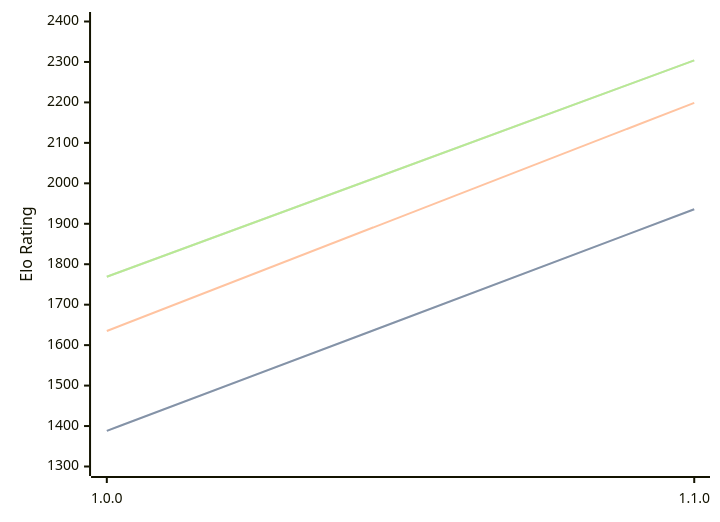
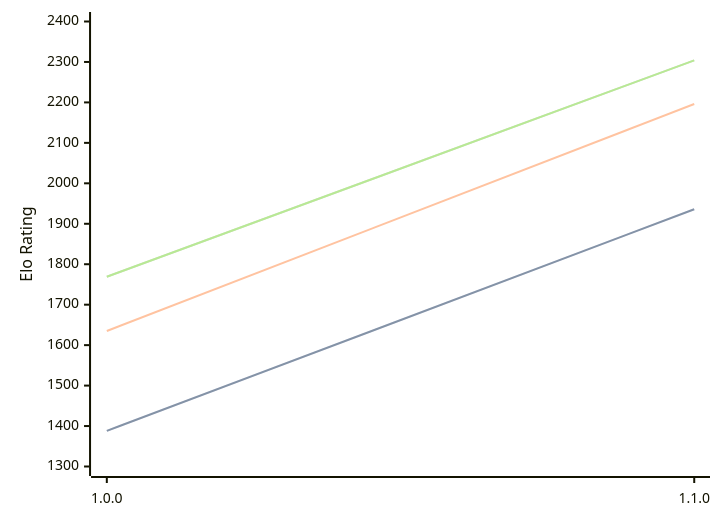
Before and after one commit to computer-chess-index/cci: the diagram in engines/Akerbeltz.md, drawn with Mermaid. The commit also changed other lines of this file, not shown here.

````diff
--- a/engines/Akerbeltz.md
+++ b/engines/Akerbeltz.md
@@ -32,11 +32,11 @@
 ```mermaid
 %%{init: {"theme":"base","themeVariables":{"seriesColors:['#a3a3a3','#222221','#faa371']}}}%%
 xychart-beta
   x-axis ["1.0.0", "1.1.0"]
   y-axis "Elo Rating" 1300 --> 2400
   line "" [1388, 1936]
   line "STC (8.0+0.08s)" [1388, 1936]
-  line "LTC (60.0+0.60s)" [1635, 2199]
+  line "LTC (60.0+0.60s)" [1635, 2196]
   line "" [1769, 2304]
   line "VLTC (2m24s+1.12s)" [1769, 2304]
 ```
````
